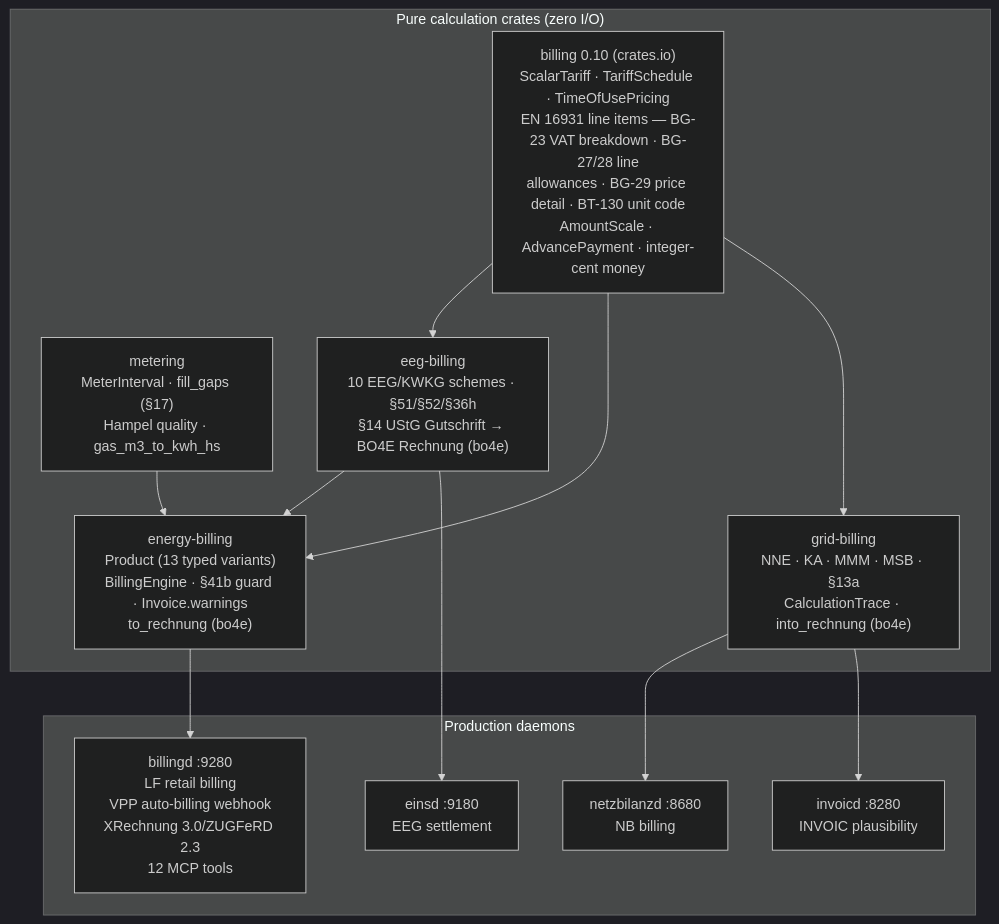
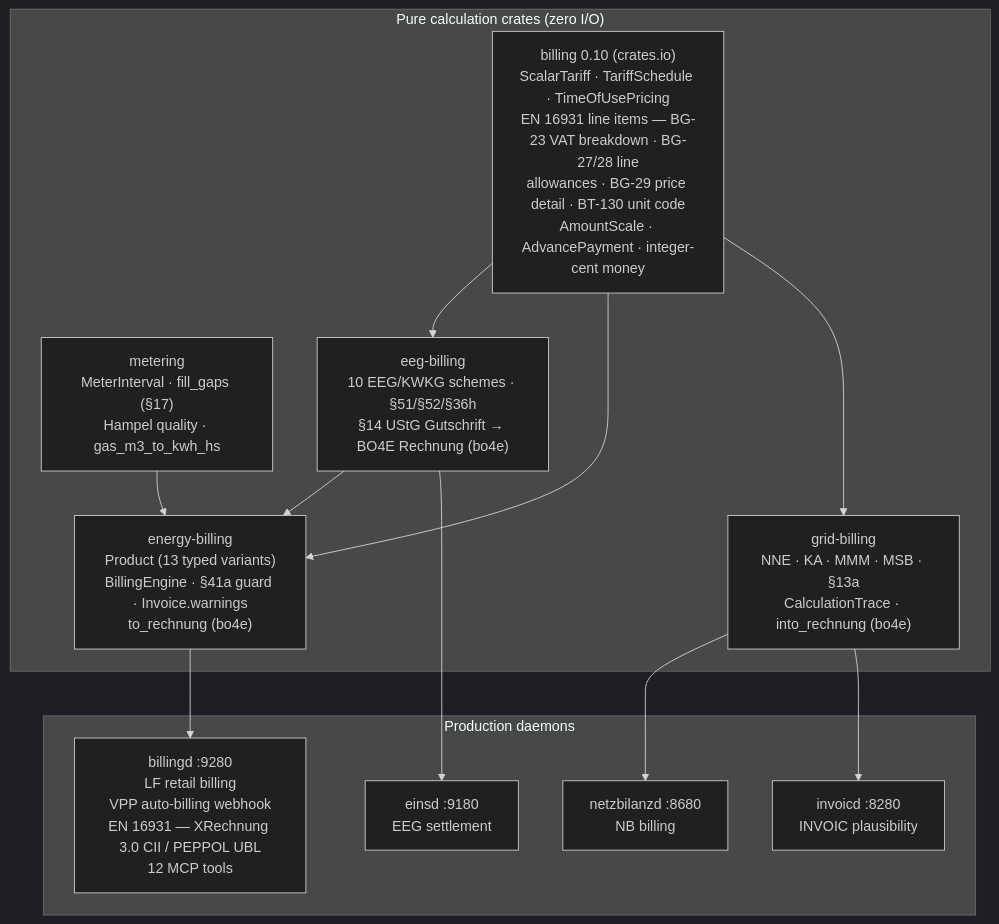
Before and after one commit to hupe1980/mako: the second of 4 diagrams in docs/architecture.md, drawn with Mermaid (dark theme). The commit also changed other lines of this file and 64 other files, not shown here.

````diff
--- a/docs/architecture.md
+++ b/docs/architecture.md
@@ -238,27 +238,27 @@
 ```mermaid
 graph TD
     subgraph pure ["Pure calculation crates (zero I/O)"]
         billing["billing 0.10 (crates.io)\nScalarTariff · TariffSchedule · TimeOfUsePricing\nEN 16931 line items — BG-23 VAT breakdown · BG-27/28 line\nallowances · BG-29 price detail · BT-130 unit code\nAmountScale · AdvancePayment · integer-cent money"]
         metering["metering\nMeterInterval · fill_gaps (§17)\nHampel quality · gas_m3_to_kwh_hs"]
         eeg["eeg-billing\n10 EEG/KWKG schemes · §51/§52/§36h\n§14 UStG Gutschrift → BO4E Rechnung (bo4e)"]
         grid["grid-billing\nNNE · KA · MMM · MSB · §13a\nCalculationTrace · into_rechnung (bo4e)"]
-        energy["energy-billing\nProduct (13 typed variants)\nBillingEngine · §41b guard · Invoice.warnings\nto_rechnung (bo4e)"]
+        energy["energy-billing\nProduct (13 typed variants)\nBillingEngine · §41a guard · Invoice.warnings\nto_rechnung (bo4e)"]
     end
 
     subgraph daemons ["Production daemons"]
         netzbilanzd["netzbilanzd :8680\nNB billing"]
         einsd["einsd :9180\nEEG settlement"]
-        billingd["billingd :9280\nLF retail billing\nVPP auto-billing webhook\nXRechnung 3.0/ZUGFeRD 2.3\n12 MCP tools"]
+        billingd["billingd :9280\nLF retail billing\nVPP auto-billing webhook\nEN 16931 — XRechnung 3.0 CII / PEPPOL UBL\n12 MCP tools"]
         invoicd["invoicd :8280\nINVOIC plausibility"]
     end
 
     billing --> eeg
     billing --> energy
     billing --> grid
     metering --> energy
     eeg --> energy
     eeg --> einsd
     grid --> netzbilanzd
     grid --> invoicd
     energy --> billingd
 ```
````
